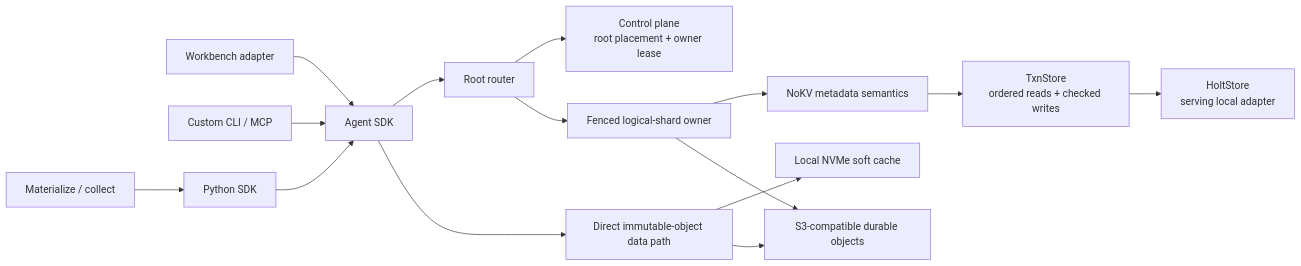
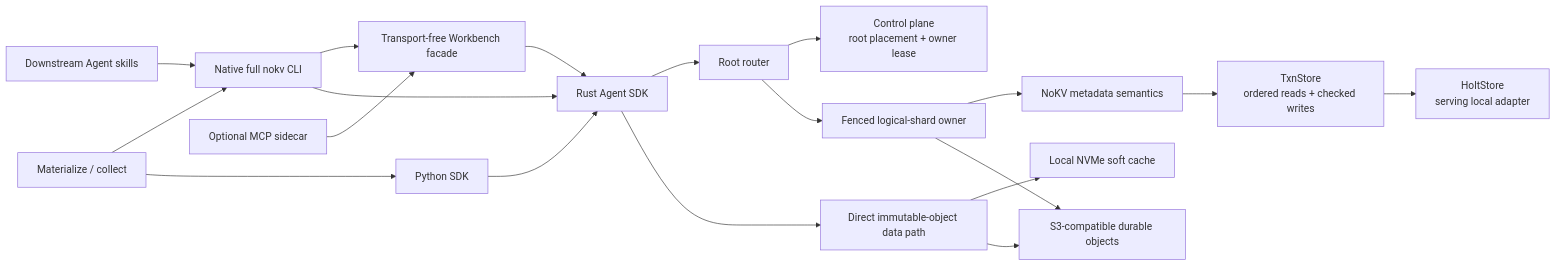
The first of 5 diagrams in docs/architecture.md (NoKV-Lab/NoKV), drawn with Mermaid before and after one commit. The commit also changed other lines of this file and 25 other files, not shown here.

Commit message:
docs: make MCP an optional Workbench sidecar

````diff
--- a/docs/architecture.md
+++ b/docs/architecture.md
@@ -12,20 +12,24 @@
 ```mermaid
 flowchart LR
-    Workbench["Workbench adapter"] --> SDK["Agent SDK"]
-    CLI["Custom CLI / MCP"] --> SDK
+    Skills["Downstream Agent skills"] --> CLI["Native full nokv CLI"]
+    CLI --> Agent["Transport-free Workbench facade"]
+    Sidecar["Optional MCP sidecar"] --> Agent
+    Agent --> SDK["Rust Agent SDK"]
+    CLI --> SDK
     Python["Python SDK"] --> SDK
-    Local["Materialize / collect"] --> Python
+    Local["Materialize / collect"] --> CLI
+    Local --> Python
 
     SDK --> Router["Root router"]
     Router --> Control["Control plane<br/>root placement + owner lease"]
     Router --> Owner["Fenced logical-shard owner"]
 
     Owner --> Meta["NoKV metadata semantics"]
     Meta --> Store["TxnStore<br/>ordered reads + checked writes"]
     Store --> Holt["HoltStore<br/>serving local adapter"]
 
     SDK --> Data["Direct immutable-object data path"]
     Data --> Cache["Local NVMe soft cache"]
     Data --> Object["S3-compatible durable objects"]
     Owner --> Object
 ```
````
